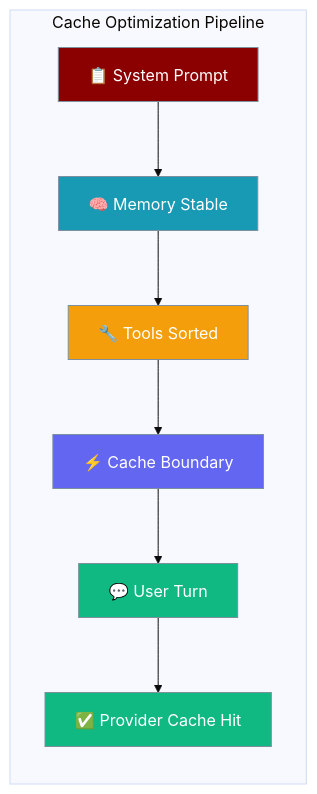
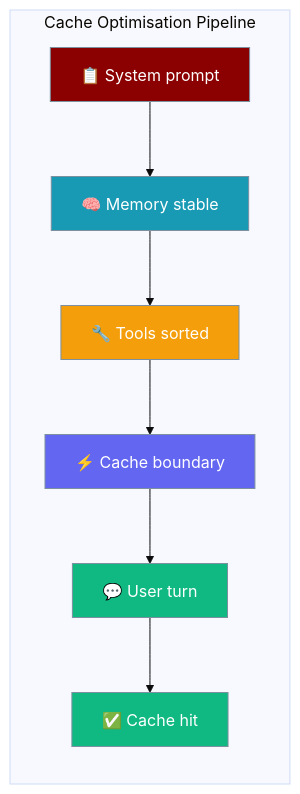
Before and after one commit to MervinPraison/PraisonAIDocs: the diagram in docs/features/prompt-cache-optimization.mdx, drawn with Mermaid (base theme). The commit also changed other lines of this file and 4 other files, not shown here.

````diff
--- a/docs/features/prompt-cache-optimization.mdx
+++ b/docs/features/prompt-cache-optimization.mdx
@@ -10,22 +24,22 @@
 ```mermaid
 graph LR
-    subgraph "Cache Optimization Pipeline"
-        A[📋 System Prompt] --> B[🧠 Memory Stable]
-        B --> C[🔧 Tools Sorted]
-        C --> D[⚡ Cache Boundary]
-        D --> E[💬 User Turn]
-        E --> F[✅ Provider Cache Hit]
+    subgraph "Cache Optimisation Pipeline"
+        A[📋 System prompt] --> B[🧠 Memory stable]
+        B --> C[🔧 Tools sorted]
+        C --> D[⚡ Cache boundary]
+        D --> E[💬 User turn]
+        E --> F[✅ Cache hit]
     end
-    
+
     classDef prompt fill:#8B0000,stroke:#7C90A0,color:#fff
     classDef memory fill:#189AB4,stroke:#7C90A0,color:#fff
     classDef tools fill:#F59E0B,stroke:#7C90A0,color:#fff
     classDef boundary fill:#6366F1,stroke:#7C90A0,color:#fff
     classDef variable fill:#10B981,stroke:#7C90A0,color:#fff
-    
+
     class A prompt
     class B memory
     class C tools
     class D boundary
     class E,F variable
 ```
````
